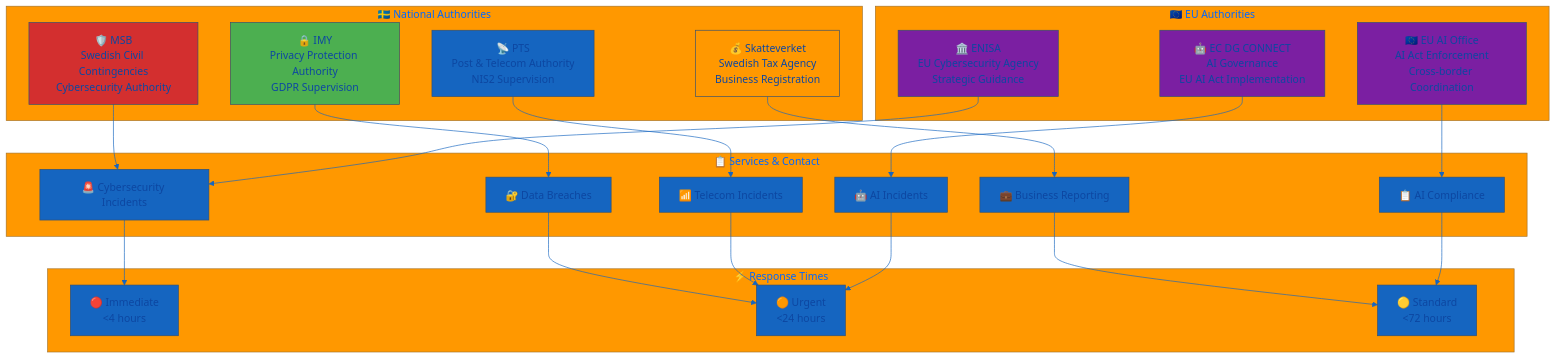
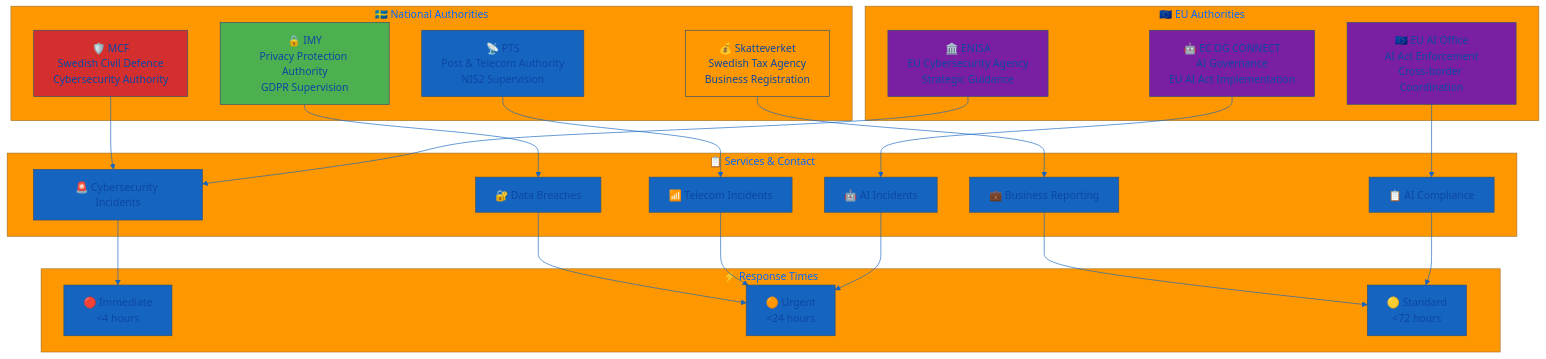
One commit to Hack23/ISMS-PUBLIC changed the first of 4 diagrams in External_Stakeholder_Registry.md. Above: the diagram before and after it, drawn with Mermaid. The commit also changed other lines of this file and 35 other files, not shown here.

````diff
--- a/External_Stakeholder_Registry.md
+++ b/External_Stakeholder_Registry.md
@@ -59,65 +59,65 @@
 ```mermaid
 %%{
   init: {
     'theme': 'base',
     'themeVariables': {
       'primaryColor': '#1565C0',
       'primaryTextColor': '#0d47a1',
       'lineColor': '#1565C0',
       'secondaryColor': '#4CAF50',
       'tertiaryColor': '#FF9800'
     }
   }
 }%%
 flowchart TD
     subgraph NATIONAL["🇸🇪 National Authorities"]
-        MSB[🛡️ MSB<br/>Swedish Civil Contingencies<br/>Cybersecurity Authority]
+        MCF[🛡️ MCF<br/>Swedish Civil Defence<br/>Cybersecurity Authority]
         PTS[📡 PTS<br/>Post & Telecom Authority<br/>NIS2 Supervision]
         IMY[🔒 IMY<br/>Privacy Protection Authority<br/>GDPR Supervision]
         SKAT[💰 Skatteverket<br/>Swedish Tax Agency<br/>Business Registration]
     end
     
     subgraph EU["🇪🇺 EU Authorities"]
         ENISA[🏛️ ENISA<br/>EU Cybersecurity Agency<br/>Strategic Guidance]
         EU_AI[🤖 EC DG CONNECT<br/>AI Governance<br/>EU AI Act Implementation]
         AI_OFFICE[🇪🇺 EU AI Office<br/>AI Act Enforcement<br/>Cross-border Coordination]
     end
     
     subgraph SERVICES["📋 Services & Contact"]
         CYBER[🚨 Cybersecurity Incidents]
         PRIVACY[🔐 Data Breaches]
         TAX[💼 Business Reporting]
         TELECOM[📶 Telecom Incidents]
         AI_INCIDENT[🤖 AI Incidents]
         AI_COMPLIANCE[📋 AI Compliance]
     end
     
     subgraph RESPONSE["⚡ Response Times"]
         IMMEDIATE[🔴 Immediate<br/><4 hours]
         URGENT[🟠 Urgent<br/><24 hours]
         STANDARD[🟡 Standard<br/><72 hours]
     end
     
-    MSB --> CYBER
+    MCF --> CYBER
     IMY --> PRIVACY
     SKAT --> TAX
     PTS --> TELECOM
     EU_AI --> AI_INCIDENT
     AI_OFFICE --> AI_COMPLIANCE
     ENISA --> CYBER
     
     CYBER --> IMMEDIATE
     PRIVACY --> URGENT
     TELECOM --> URGENT
     TAX --> STANDARD
     AI_INCIDENT --> URGENT
     AI_COMPLIANCE --> STANDARD
     
-    style MSB fill:#D32F2F
+    style MCF fill:#D32F2F
     style IMY fill:#4CAF50
     style PTS fill:#1565C0
     style SKAT fill:#FF9800
     style EU_AI fill:#7B1FA2
     style AI_OFFICE fill:#7B1FA2
     style ENISA fill:#7B1FA2
 ```
````
